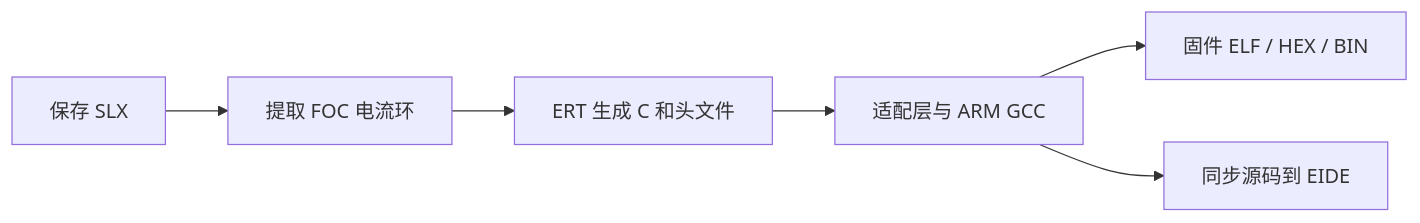
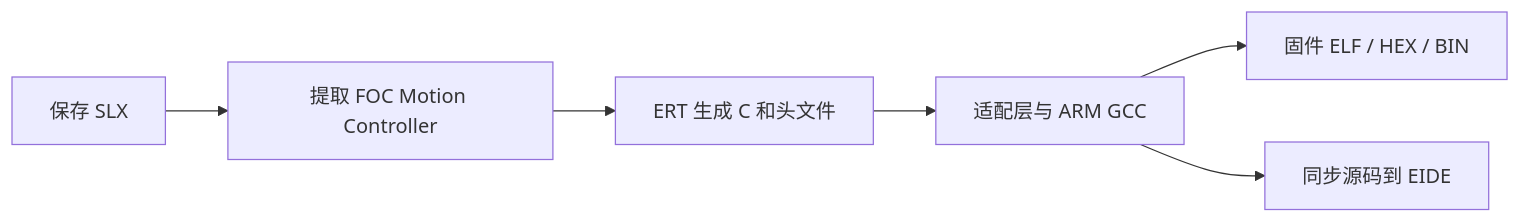
Before and after one commit to a233a2/odrive36-simulink-foc: the diagram in README.zh-CN.md, drawn with Mermaid. The commit also changed other lines of this file and 37 other files, not shown here.

````diff
--- a/README.zh-CN.md
+++ b/README.zh-CN.md
@@ -16,8 +16,8 @@
 ```mermaid
 flowchart LR
-    A["保存 SLX"] --> B["提取 FOC 电流环"]
+    A["保存 SLX"] --> B["提取 FOC Motion Controller"]
     B --> C["ERT 生成 C 和头文件"]
     C --> D["适配层与 ARM GCC"]
     D --> E["固件 ELF / HEX / BIN"]
     D --> F["同步源码到 EIDE"]
 ```
````
